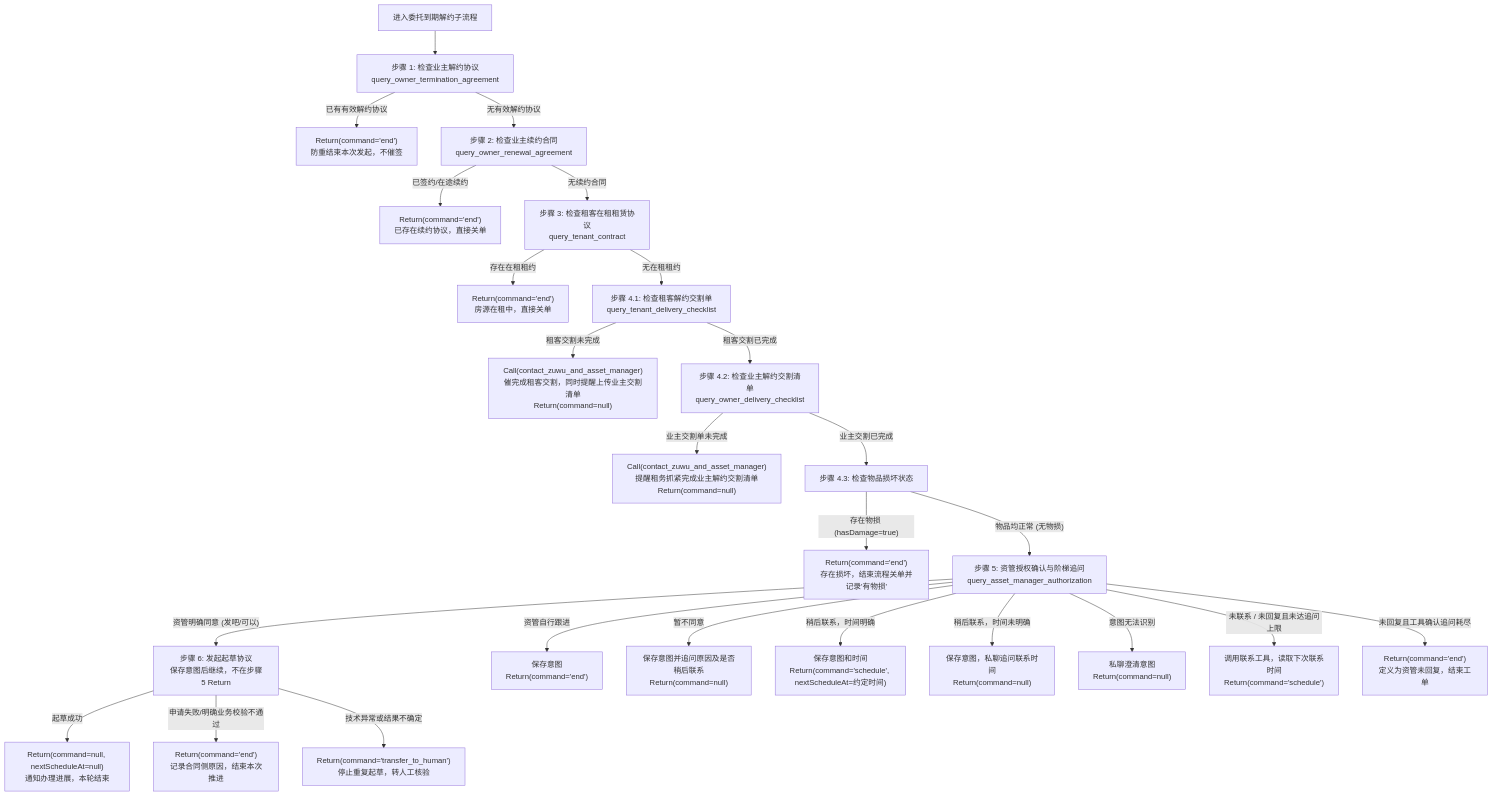
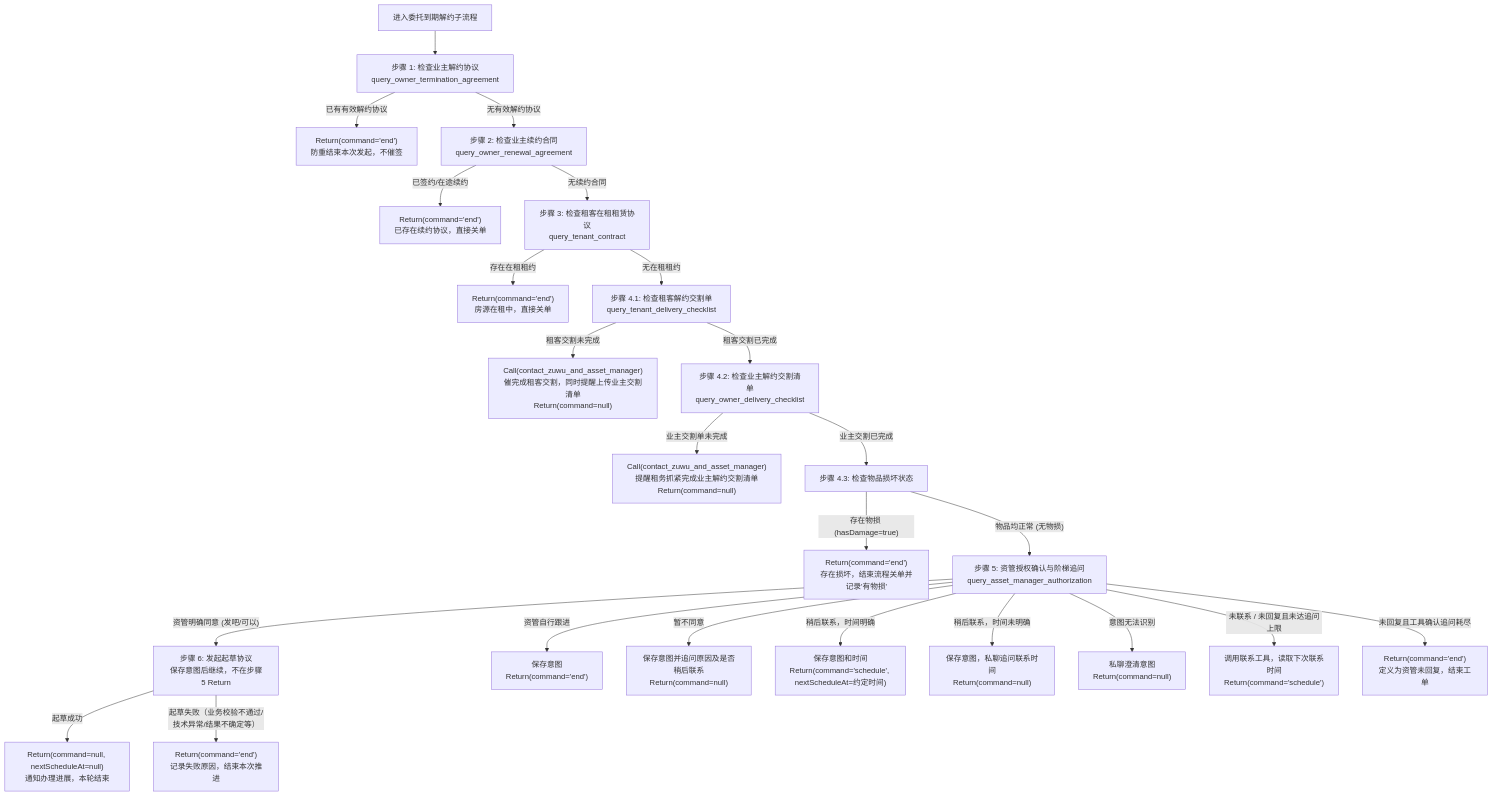
Before and after one commit to edisonLzy/sss-agent: the diagram in skill/references/entrusted-termination.md, drawn with Mermaid. The commit also changed other lines of this file and 108 other files, not shown here.

````diff
--- a/skill/references/entrusted-termination.md
+++ b/skill/references/entrusted-termination.md
@@ -34,36 +35,35 @@
 ```mermaid
 flowchart TD
     Start["进入委托到期解约子流程"] --> Step1["步骤 1: 检查业主解约协议<br/>query_owner_termination_agreement"]
     
     Step1 -->|"已有有效解约协议"| EndDrafting["Return(command='end')<br/>防重结束本次发起，不催签"]
     Step1 -->|"无有效解约协议"| Step2["步骤 2: 检查业主续约合同<br/>query_owner_renewal_agreement"]
     
     Step2 -->|"已签约/在途续约"| EndRenewal["Return(command='end')<br/>已存在续约协议，直接关单"]
     Step2 -->|"无续约合同"| Step3["步骤 3: 检查租客在租租赁协议<br/>query_tenant_contract"]
     
     Step3 -->|"存在在租租约"| EndTenant["Return(command='end')<br/>房源在租中，直接关单"]
     Step3 -->|"无在租租约"| Step4_1["步骤 4.1: 检查租客解约交割单<br/>query_tenant_delivery_checklist"]
     
     Step4_1 -->|"租客交割未完成"| RemindTenantDelivery["Call(contact_zuwu_and_asset_manager)<br/>催完成租客交割，同时提醒上传业主交割清单<br/>Return(command=null)"]
     Step4_1 -->|"租客交割已完成"| Step4_2["步骤 4.2: 检查业主解约交割清单<br/>query_owner_delivery_checklist"]
     
     Step4_2 -->|"业主交割单未完成"| RemindOwnerDelivery["Call(contact_zuwu_and_asset_manager)<br/>提醒租务抓紧完成业主解约交割清单<br/>Return(command=null)"]
     Step4_2 -->|"业主交割已完成"| Step4_3["步骤 4.3: 检查物品损坏状态"]
     
     Step4_3 -->|"存在物损 (hasDamage=true)"| EndDamage["Return(command='end')<br/>存在损坏，结束流程关单并记录'有物损'"]
     Step4_3 -->|"物品均正常 (无物损)"| Step5["步骤 5: 资管授权确认与阶梯追问<br/>query_asset_manager_authorization"]
     
     Step5 -->|"资管明确同意 (发吧/可以)"| Step6["步骤 6: 发起起草协议<br/>保存意图后继续，不在步骤5 Return"]
     Step5 -->|"资管自行跟进"| EndAMFollow["保存意图<br/>Return(command='end')"]
     Step5 -->|"暂不同意"| AMRefuse["保存意图并追问原因及是否稍后联系<br/>Return(command=null)"]
     Step5 -->|"稍后联系，时间明确"| LaterSchedule["保存意图和时间<br/>Return(command='schedule', nextScheduleAt=约定时间)"]
     Step5 -->|"稍后联系，时间未明确"| AskTime["保存意图，私聊追问联系时间<br/>Return(command=null)"]
     Step5 -->|"意图无法识别"| Clarify["私聊澄清意图<br/>Return(command=null)"]
     Step5 -->|"未联系 / 未回复且未达追问上限"| AMSchedule["调用联系工具，读取下次联系时间<br/>Return(command='schedule')"]
     Step5 -->|"未回复且工具确认追问耗尽"| AMTimeout["Return(command='end')<br/>定义为资管未回复，结束工单"]
     
     Step6 -->|"起草成功"| DraftSuccess["Return(command=null, nextScheduleAt=null)<br/>通知办理进展，本轮结束"]
-    Step6 -->|"申请失败/明确业务校验不通过"| DraftBlocked["Return(command='end')<br/>记录合同侧原因，结束本次推进"]
-    Step6 -->|"技术异常或结果不确定"| DraftError["Return(command='transfer_to_human')<br/>停止重复起草，转人工核验"]
+    Step6 -->|"起草失败（业务校验不通过/技术异常/结果不确定等）"| DraftFailed["Return(command='end')<br/>记录失败原因，结束本次推进"]
 
 ```
````
